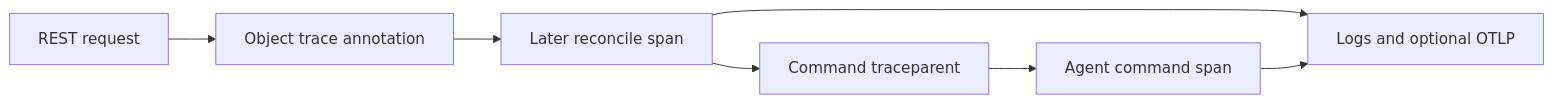
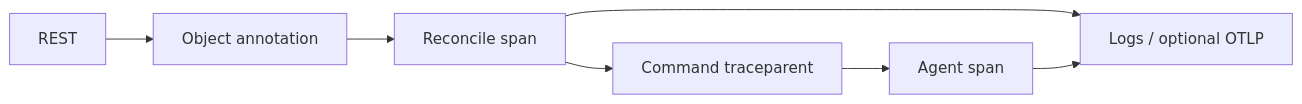
One commit to UniStuttgart-IKR/MeisterStack changed the diagram in docs/OBSERVABILITY.md. Above: the diagram before and after it, drawn with Mermaid. The commit also changed other lines of this file and 232 other files, not shown here.

````diff
--- a/docs/OBSERVABILITY.md
+++ b/docs/OBSERVABILITY.md
@@ -29,9 +17,9 @@
 ```mermaid
 flowchart LR
-    R[REST request] --> A[Object trace annotation]
-    A --> C[Later reconcile span]
+    R[REST] --> A[Object annotation]
+    A --> C[Reconcile span]
     C --> M[Command traceparent]
-    M --> N[Agent command span]
-    C --> L[Logs and optional OTLP]
+    M --> N[Agent span]
+    C --> L[Logs / optional OTLP]
     N --> L
 ```
````
